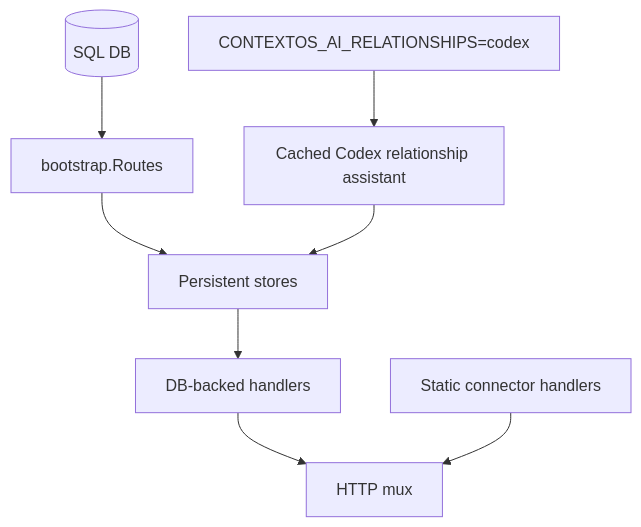
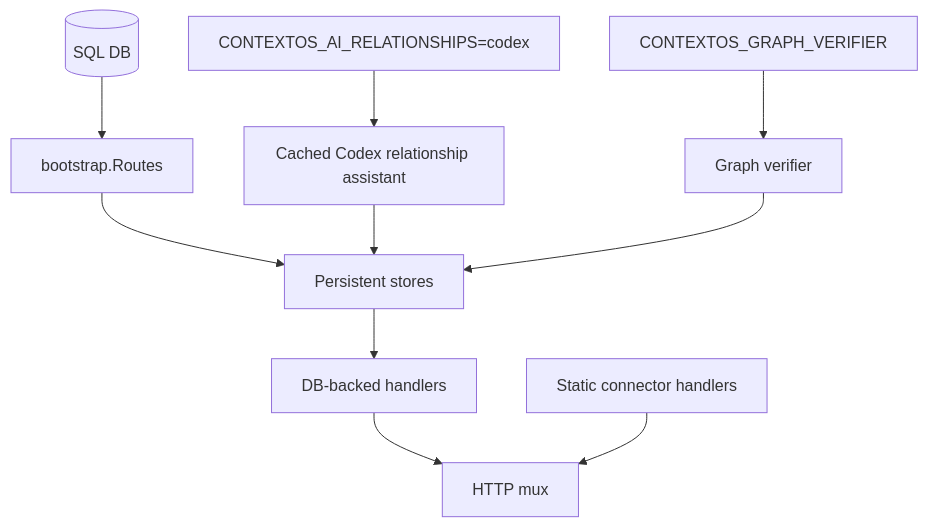
The diagram in apps/api/bootstrap/README.md (sx-tane/context-os), drawn with Mermaid before and after one commit. The commit also changed other lines of this file and 63 other files, not shown here.

First line of the commit message:
feat(graphverify): implement Codex-backed relationship verification stage

````diff
--- a/apps/api/bootstrap/README.md
+++ b/apps/api/bootstrap/README.md
@@ -16,10 +18,12 @@
 ```mermaid
 flowchart TD
   DB[(SQL DB)] --> B[bootstrap.Routes]
   B --> S[Persistent stores]
   ENV[CONTEXTOS_AI_RELATIONSHIPS=codex] --> A[Cached Codex relationship assistant]
+  GENV[CONTEXTOS_GRAPH_VERIFIER] --> V[Graph verifier]
   A --> S
+  V --> S
   S --> H[DB-backed handlers]
   H --> M[HTTP mux]
   C[Static connector handlers] --> M
 ```
````
